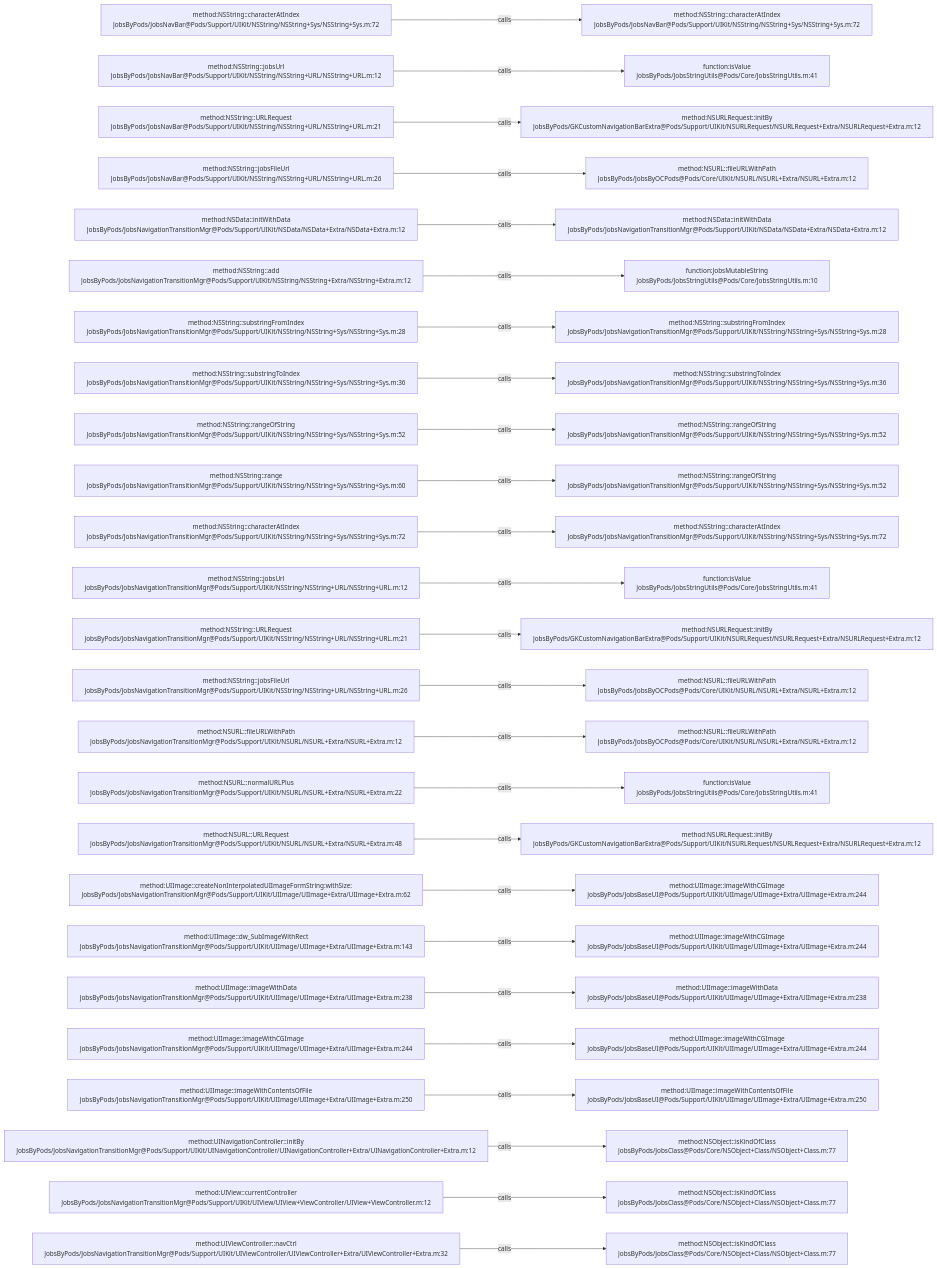
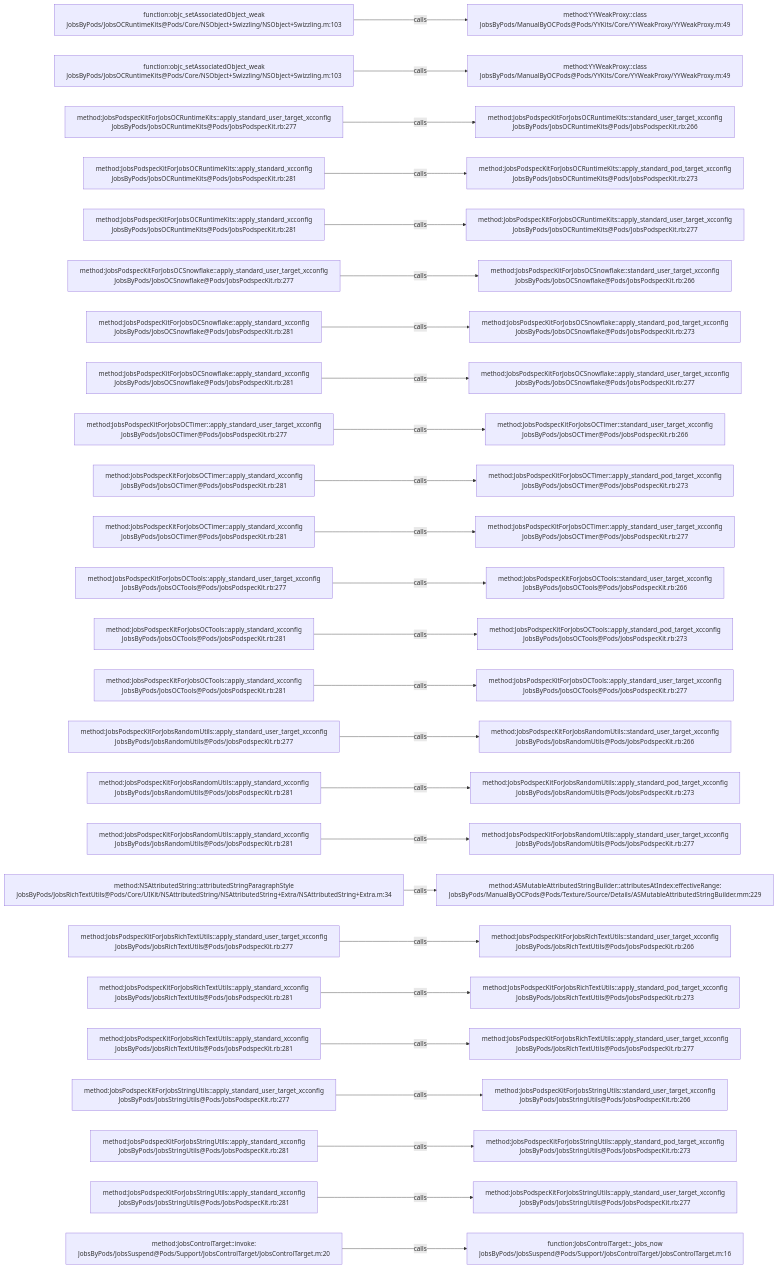
One commit to JobsKits/JobsOCBaseConfigDemo changed the diagram in .codegraph/codegraph.md/graphs/calls-012.md. Above: the diagram before and after it, drawn with Mermaid. The commit also changed 1353 other files, not shown here.

````diff
--- a/.codegraph/codegraph.md/graphs/calls-012.md
+++ b/.codegraph/codegraph.md/graphs/calls-012.md
@@ -13,78 +13,78 @@
 ```mermaid
 flowchart LR
-  S1["method:NSString::characterAtIndex<br/>JobsByPods/JobsNavBar@Pods/Support/UIKit/NSString/NSString+Sys/NSString+Sys.m:72"]
-  T1["method:NSString::characterAtIndex<br/>JobsByPods/JobsNavBar@Pods/Support/UIKit/NSString/NSString+Sys/NSString+Sys.m:72"]
+  S1["function:objc_setAssociatedObject_weak<br/>JobsByPods/JobsOCRuntimeKits@Pods/Core/NSObject+Swizzling/NSObject+Swizzling.m:103"]
+  T1["method:YYWeakProxy::class<br/>JobsByPods/ManualByOCPods@Pods/YYKits/Core/YYWeakProxy/YYWeakProxy.m:49"]
   S1 -->|calls| T1
-  S2["method:NSString::jobsUrl<br/>JobsByPods/JobsNavBar@Pods/Support/UIKit/NSString/NSString+URL/NSString+URL.m:12"]
-  T2["function:isValue<br/>JobsByPods/JobsStringUtils@Pods/Core/JobsStringUtils.m:41"]
+  S2["function:objc_setAssociatedObject_weak<br/>JobsByPods/JobsOCRuntimeKits@Pods/Core/NSObject+Swizzling/NSObject+Swizzling.m:103"]
+  T2["method:YYWeakProxy::class<br/>JobsByPods/ManualByOCPods@Pods/YYKits/Core/YYWeakProxy/YYWeakProxy.m:49"]
   S2 -->|calls| T2
-  S3["method:NSString::URLRequest<br/>JobsByPods/JobsNavBar@Pods/Support/UIKit/NSString/NSString+URL/NSString+URL.m:21"]
-  T3["method:NSURLRequest::initBy<br/>JobsByPods/GKCustomNavigationBarExtra@Pods/Support/UIKit/NSURLRequest/NSURLRequest+Extra/NSURLRequest+Extra.m:12"]
+  S3["method:JobsPodspecKitForJobsOCRuntimeKits::apply_standard_user_target_xcconfig<br/>JobsByPods/JobsOCRuntimeKits@Pods/JobsPodspecKit.rb:277"]
+  T3["method:JobsPodspecKitForJobsOCRuntimeKits::standard_user_target_xcconfig<br/>JobsByPods/JobsOCRuntimeKits@Pods/JobsPodspecKit.rb:266"]
   S3 -->|calls| T3
-  S4["method:NSString::jobsFileUrl<br/>JobsByPods/JobsNavBar@Pods/Support/UIKit/NSString/NSString+URL/NSString+URL.m:26"]
-  T4["method:NSURL::fileURLWithPath<br/>JobsByPods/JobsByOCPods@Pods/Core/UIKit/NSURL/NSURL+Extra/NSURL+Extra.m:12"]
+  S4["method:JobsPodspecKitForJobsOCRuntimeKits::apply_standard_xcconfig<br/>JobsByPods/JobsOCRuntimeKits@Pods/JobsPodspecKit.rb:281"]
+  T4["method:JobsPodspecKitForJobsOCRuntimeKits::apply_standard_pod_target_xcconfig<br/>JobsByPods/JobsOCRuntimeKits@Pods/JobsPodspecKit.rb:273"]
   S4 -->|calls| T4
-  S5["method:NSData::initWithData<br/>JobsByPods/JobsNavigationTransitionMgr@Pods/Support/UIKit/NSData/NSData+Extra/NSData+Extra.m:12"]
-  T5["method:NSData::initWithData<br/>JobsByPods/JobsNavigationTransitionMgr@Pods/Support/UIKit/NSData/NSData+Extra/NSData+Extra.m:12"]
+  S5["method:JobsPodspecKitForJobsOCRuntimeKits::apply_standard_xcconfig<br/>JobsByPods/JobsOCRuntimeKits@Pods/JobsPodspecKit.rb:281"]
+  T5["method:JobsPodspecKitForJobsOCRuntimeKits::apply_standard_user_target_xcconfig<br/>JobsByPods/JobsOCRuntimeKits@Pods/JobsPodspecKit.rb:277"]
   S5 -->|calls| T5
-  S6["method:NSString::add<br/>JobsByPods/JobsNavigationTransitionMgr@Pods/Support/UIKit/NSString/NSString+Extra/NSString+Extra.m:12"]
-  T6["function:JobsMutableString<br/>JobsByPods/JobsStringUtils@Pods/Core/JobsStringUtils.m:10"]
+  S6["method:JobsPodspecKitForJobsOCSnowflake::apply_standard_user_target_xcconfig<br/>JobsByPods/JobsOCSnowflake@Pods/JobsPodspecKit.rb:277"]
+  T6["method:JobsPodspecKitForJobsOCSnowflake::standard_user_target_xcconfig<br/>JobsByPods/JobsOCSnowflake@Pods/JobsPodspecKit.rb:266"]
   S6 -->|calls| T6
-  S7["method:NSString::substringFromIndex<br/>JobsByPods/JobsNavigationTransitionMgr@Pods/Support/UIKit/NSString/NSString+Sys/NSString+Sys.m:28"]
-  T7["method:NSString::substringFromIndex<br/>JobsByPods/JobsNavigationTransitionMgr@Pods/Support/UIKit/NSString/NSString+Sys/NSString+Sys.m:28"]
+  S7["method:JobsPodspecKitForJobsOCSnowflake::apply_standard_xcconfig<br/>JobsByPods/JobsOCSnowflake@Pods/JobsPodspecKit.rb:281"]
+  T7["method:JobsPodspecKitForJobsOCSnowflake::apply_standard_pod_target_xcconfig<br/>JobsByPods/JobsOCSnowflake@Pods/JobsPodspecKit.rb:273"]
   S7 -->|calls| T7
-  S8["method:NSString::substringToIndex<br/>JobsByPods/JobsNavigationTransitionMgr@Pods/Support/UIKit/NSString/NSString+Sys/NSString+Sys.m:36"]
-  T8["method:NSString::substringToIndex<br/>JobsByPods/JobsNavigationTransitionMgr@Pods/Support/UIKit/NSString/NSString+Sys/NSString+Sys.m:36"]
+  S8["method:JobsPodspecKitForJobsOCSnowflake::apply_standard_xcconfig<br/>JobsByPods/JobsOCSnowflake@Pods/JobsPodspecKit.rb:281"]
+  T8["method:JobsPodspecKitForJobsOCSnowflake::apply_standard_user_target_xcconfig<br/>JobsByPods/JobsOCSnowflake@Pods/JobsPodspecKit.rb:277"]
   S8 -->|calls| T8
-  S9["method:NSString::rangeOfString<br/>JobsByPods/JobsNavigationTransitionMgr@Pods/Support/UIKit/NSString/NSString+Sys/NSString+Sys.m:52"]
-  T9["method:NSString::rangeOfString<br/>JobsByPods/JobsNavigationTransitionMgr@Pods/Support/UIKit/NSString/NSString+Sys/NSString+Sys.m:52"]
+  S9["method:JobsPodspecKitForJobsOCTimer::apply_standard_user_target_xcconfig<br/>JobsByPods/JobsOCTimer@Pods/JobsPodspecKit.rb:277"]
+  T9["method:JobsPodspecKitForJobsOCTimer::standard_user_target_xcconfig<br/>JobsByPods/JobsOCTimer@Pods/JobsPodspecKit.rb:266"]
   S9 -->|calls| T9
-  S10["method:NSString::range<br/>JobsByPods/JobsNavigationTransitionMgr@Pods/Support/UIKit/NSString/NSString+Sys/NSString+Sys.m:60"]
-  T10["method:NSString::rangeOfString<br/>JobsByPods/JobsNavigationTransitionMgr@Pods/Support/UIKit/NSString/NSString+Sys/NSString+Sys.m:52"]
+  S10["method:JobsPodspecKitForJobsOCTimer::apply_standard_xcconfig<br/>JobsByPods/JobsOCTimer@Pods/JobsPodspecKit.rb:281"]
+  T10["method:JobsPodspecKitForJobsOCTimer::apply_standard_pod_target_xcconfig<br/>JobsByPods/JobsOCTimer@Pods/JobsPodspecKit.rb:273"]
   S10 -->|calls| T10
-  S11["method:NSString::characterAtIndex<br/>JobsByPods/JobsNavigationTransitionMgr@Pods/Support/UIKit/NSString/NSString+Sys/NSString+Sys.m:72"]
-  T11["method:NSString::characterAtIndex<br/>JobsByPods/JobsNavigationTransitionMgr@Pods/Support/UIKit/NSString/NSString+Sys/NSString+Sys.m:72"]
+  S11["method:JobsPodspecKitForJobsOCTimer::apply_standard_xcconfig<br/>JobsByPods/JobsOCTimer@Pods/JobsPodspecKit.rb:281"]
+  T11["method:JobsPodspecKitForJobsOCTimer::apply_standard_user_target_xcconfig<br/>JobsByPods/JobsOCTimer@Pods/JobsPodspecKit.rb:277"]
   S11 -->|calls| T11
-  S12["method:NSString::jobsUrl<br/>JobsByPods/JobsNavigationTransitionMgr@Pods/Support/UIKit/NSString/NSString+URL/NSString+URL.m:12"]
-  T12["function:isValue<br/>JobsByPods/JobsStringUtils@Pods/Core/JobsStringUtils.m:41"]
+  S12["method:JobsPodspecKitForJobsOCTools::apply_standard_user_target_xcconfig<br/>JobsByPods/JobsOCTools@Pods/JobsPodspecKit.rb:277"]
+  T12["method:JobsPodspecKitForJobsOCTools::standard_user_target_xcconfig<br/>JobsByPods/JobsOCTools@Pods/JobsPodspecKit.rb:266"]
   S12 -->|calls| T12
-  S13["method:NSString::URLRequest<br/>JobsByPods/JobsNavigationTransitionMgr@Pods/Support/UIKit/NSString/NSString+URL/NSString+URL.m:21"]
-  T13["method:NSURLRequest::initBy<br/>JobsByPods/GKCustomNavigationBarExtra@Pods/Support/UIKit/NSURLRequest/NSURLRequest+Extra/NSURLRequest+Extra.m:12"]
+  S13["method:JobsPodspecKitForJobsOCTools::apply_standard_xcconfig<br/>JobsByPods/JobsOCTools@Pods/JobsPodspecKit.rb:281"]
+  T13["method:JobsPodspecKitForJobsOCTools::apply_standard_pod_target_xcconfig<br/>JobsByPods/JobsOCTools@Pods/JobsPodspecKit.rb:273"]
   S13 -->|calls| T13
-  S14["method:NSString::jobsFileUrl<br/>JobsByPods/JobsNavigationTransitionMgr@Pods/Support/UIKit/NSString/NSString+URL/NSString+URL.m:26"]
-  T14["method:NSURL::fileURLWithPath<br/>JobsByPods/JobsByOCPods@Pods/Core/UIKit/NSURL/NSURL+Extra/NSURL+Extra.m:12"]
+  S14["method:JobsPodspecKitForJobsOCTools::apply_standard_xcconfig<br/>JobsByPods/JobsOCTools@Pods/JobsPodspecKit.rb:281"]
+  T14["method:JobsPodspecKitForJobsOCTools::apply_standard_user_target_xcconfig<br/>JobsByPods/JobsOCTools@Pods/JobsPodspecKit.rb:277"]
   S14 -->|calls| T14
-  S15["method:NSURL::fileURLWithPath<br/>JobsByPods/JobsNavigationTransitionMgr@Pods/Support/UIKit/NSURL/NSURL+Extra/NSURL+Extra.m:12"]
-  T15["method:NSURL::fileURLWithPath<br/>JobsByPods/JobsByOCPods@Pods/Core/UIKit/NSURL/NSURL+Extra/NSURL+Extra.m:12"]
+  S15["method:JobsPodspecKitForJobsRandomUtils::apply_standard_user_target_xcconfig<br/>JobsByPods/JobsRandomUtils@Pods/JobsPodspecKit.rb:277"]
+  T15["method:JobsPodspecKitForJobsRandomUtils::standard_user_target_xcconfig<br/>JobsByPods/JobsRandomUtils@Pods/JobsPodspecKit.rb:266"]
   S15 -->|calls| T15
-  S16["method:NSURL::normalURLPlus<br/>JobsByPods/JobsNavigationTransitionMgr@Pods/Support/UIKit/NSURL/NSURL+Extra/NSURL+Extra.m:22"]
-  T16["function:isValue<br/>JobsByPods/JobsStringUtils@Pods/Core/JobsStringUtils.m:41"]
+  S16["method:JobsPodspecKitForJobsRandomUtils::apply_standard_xcconfig<br/>JobsByPods/JobsRandomUtils@Pods/JobsPodspecKit.rb:281"]
+  T16["method:JobsPodspecKitForJobsRandomUtils::apply_standard_pod_target_xcconfig<br/>JobsByPods/JobsRandomUtils@Pods/JobsPodspecKit.rb:273"]
   S16 -->|calls| T16
-  S17["method:NSURL::URLRequest<br/>JobsByPods/JobsNavigationTransitionMgr@Pods/Support/UIKit/NSURL/NSURL+Extra/NSURL+Extra.m:48"]
-  T17["method:NSURLRequest::initBy<br/>JobsByPods/GKCustomNavigationBarExtra@Pods/Support/UIKit/NSURLRequest/NSURLRequest+Extra/NSURLRequest+Extra.m:12"]
+  S17["method:JobsPodspecKitForJobsRandomUtils::apply_standard_xcconfig<br/>JobsByPods/JobsRandomUtils@Pods/JobsPodspecKit.rb:281"]
+  T17["method:JobsPodspecKitForJobsRandomUtils::apply_standard_user_target_xcconfig<br/>JobsByPods/JobsRandomUtils@Pods/JobsPodspecKit.rb:277"]
   S17 -->|calls| T17
-  S18["method:UIImage::createNonInterpolatedUIImageFormString:withSize:<br/>JobsByPods/JobsNavigationTransitionMgr@Pods/Support/UIKit/UIImage/UIImage+Extra/UIImage+Extra.m:62"]
-  T18["method:UIImage::imageWithCGImage<br/>JobsByPods/JobsBaseUI@Pods/Support/UIKit/UIImage/UIImage+Extra/UIImage+Extra.m:244"]
+  S18["method:NSAttributedString::attributedStringParagraphStyle<br/>JobsByPods/JobsRichTextUtils@Pods/Core/UIKit/NSAttributedString/NSAttributedString+Extra/NSAttributedString+Extra.m:34"]
+  T18["method:ASMutableAttributedStringBuilder::attributesAtIndex:effectiveRange:<br/>JobsByPods/ManualByOCPods@Pods/Texture/Source/Details/ASMutableAttributedStringBuilder.mm:229"]
   S18 -->|calls| T18
-  S19["method:UIImage::dw_SubImageWithRect<br/>JobsByPods/JobsNavigationTransitionMgr@Pods/Support/UIKit/UIImage/UIImage+Extra/UIImage+Extra.m:143"]
-  T19["method:UIImage::imageWithCGImage<br/>JobsByPods/JobsBaseUI@Pods/Support/UIKit/UIImage/UIImage+Extra/UIImage+Extra.m:244"]
+  S19["method:JobsPodspecKitForJobsRichTextUtils::apply_standard_user_target_xcconfig<br/>JobsByPods/JobsRichTextUtils@Pods/JobsPodspecKit.rb:277"]
+  T19["method:JobsPodspecKitForJobsRichTextUtils::standard_user_target_xcconfig<br/>JobsByPods/JobsRichTextUtils@Pods/JobsPodspecKit.rb:266"]
   S19 -->|calls| T19
-  S20["method:UIImage::imageWithData<br/>JobsByPods/JobsNavigationTransitionMgr@Pods/Support/UIKit/UIImage/UIImage+Extra/UIImage+Extra.m:238"]
-  T20["method:UIImage::imageWithData<br/>JobsByPods/JobsBaseUI@Pods/Support/UIKit/UIImage/UIImage+Extra/UIImage+Extra.m:238"]
+  S20["method:JobsPodspecKitForJobsRichTextUtils::apply_standard_xcconfig<br/>JobsByPods/JobsRichTextUtils@Pods/JobsPodspecKit.rb:281"]
+  T20["method:JobsPodspecKitForJobsRichTextUtils::apply_standard_pod_target_xcconfig<br/>JobsByPods/JobsRichTextUtils@Pods/JobsPodspecKit.rb:273"]
   S20 -->|calls| T20
-  S21["method:UIImage::imageWithCGImage<br/>JobsByPods/JobsNavigationTransitionMgr@Pods/Support/UIKit/UIImage/UIImage+Extra/UIImage+Extra.m:244"]
-  T21["method:UIImage::imageWithCGImage<br/>JobsByPods/JobsBaseUI@Pods/Support/UIKit/UIImage/UIImage+Extra/UIImage+Extra.m:244"]
+  S21["method:JobsPodspecKitForJobsRichTextUtils::apply_standard_xcconfig<br/>JobsByPods/JobsRichTextUtils@Pods/JobsPodspecKit.rb:281"]
+  T21["method:JobsPodspecKitForJobsRichTextUtils::apply_standard_user_target_xcconfig<br/>JobsByPods/JobsRichTextUtils@Pods/JobsPodspecKit.rb:277"]
   S21 -->|calls| T21
-  S22["method:UIImage::imageWithContentsOfFile<br/>JobsByPods/JobsNavigationTransitionMgr@Pods/Support/UIKit/UIImage/UIImage+Extra/UIImage+Extra.m:250"]
-  T22["method:UIImage::imageWithContentsOfFile<br/>JobsByPods/JobsBaseUI@Pods/Support/UIKit/UIImage/UIImage+Extra/UIImage+Extra.m:250"]
+  S22["method:JobsPodspecKitForJobsStringUtils::apply_standard_user_target_xcconfig<br/>JobsByPods/JobsStringUtils@Pods/JobsPodspecKit.rb:277"]
+  T22["method:JobsPodspecKitForJobsStringUtils::standard_user_target_xcconfig<br/>JobsByPods/JobsStringUtils@Pods/JobsPodspecKit.rb:266"]
   S22 -->|calls| T22
-  S23["method:UINavigationController::initBy<br/>JobsByPods/JobsNavigationTransitionMgr@Pods/Support/UIKit/UINavigationController/UINavigationController+Extra/UINavigationController+Extra.m:12"]
-  T23["method:NSObject::isKindOfClass<br/>JobsByPods/JobsClass@Pods/Core/NSObject+Class/NSObject+Class.m:77"]
+  S23["method:JobsPodspecKitForJobsStringUtils::apply_standard_xcconfig<br/>JobsByPods/JobsStringUtils@Pods/JobsPodspecKit.rb:281"]
+  T23["method:JobsPodspecKitForJobsStringUtils::apply_standard_pod_target_xcconfig<br/>JobsByPods/JobsStringUtils@Pods/JobsPodspecKit.rb:273"]
   S23 -->|calls| T23
-  S24["method:UIView::currentController<br/>JobsByPods/JobsNavigationTransitionMgr@Pods/Support/UIKit/UIView/UIView+ViewController/UIView+ViewController.m:12"]
-  T24["method:NSObject::isKindOfClass<br/>JobsByPods/JobsClass@Pods/Core/NSObject+Class/NSObject+Class.m:77"]
+  S24["method:JobsPodspecKitForJobsStringUtils::apply_standard_xcconfig<br/>JobsByPods/JobsStringUtils@Pods/JobsPodspecKit.rb:281"]
+  T24["method:JobsPodspecKitForJobsStringUtils::apply_standard_user_target_xcconfig<br/>JobsByPods/JobsStringUtils@Pods/JobsPodspecKit.rb:277"]
   S24 -->|calls| T24
-  S25["method:UIViewController::navCtrl<br/>JobsByPods/JobsNavigationTransitionMgr@Pods/Support/UIKit/UIViewController/UIViewController+Extra/UIViewController+Extra.m:32"]
-  T25["method:NSObject::isKindOfClass<br/>JobsByPods/JobsClass@Pods/Core/NSObject+Class/NSObject+Class.m:77"]
+  S25["method:JobsControlTarget::invoke:<br/>JobsByPods/JobsSuspend@Pods/Support/JobsControlTarget/JobsControlTarget.m:20"]
+  T25["function:JobsControlTarget::_jobs_now<br/>JobsByPods/JobsSuspend@Pods/Support/JobsControlTarget/JobsControlTarget.m:16"]
   S25 -->|calls| T25
 ```
````
